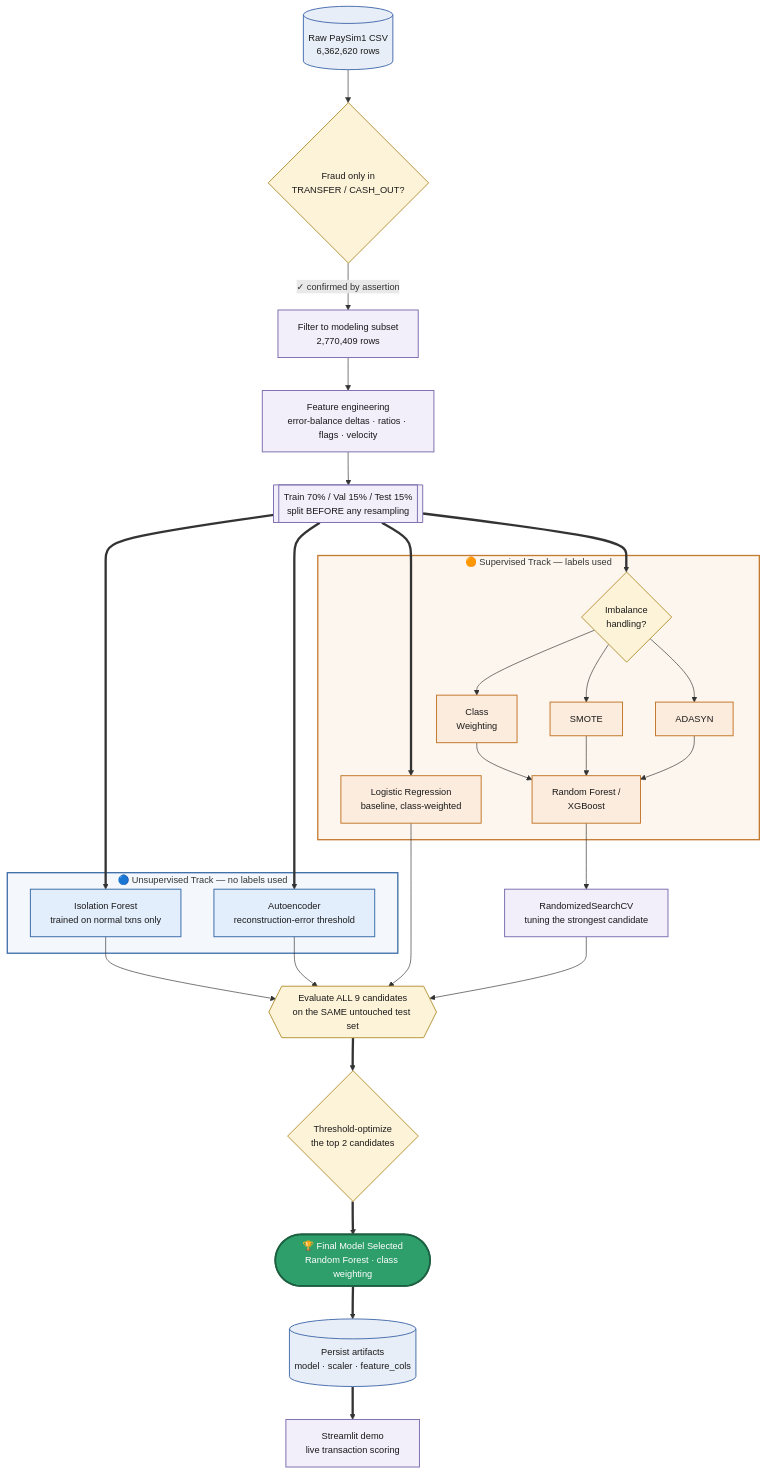
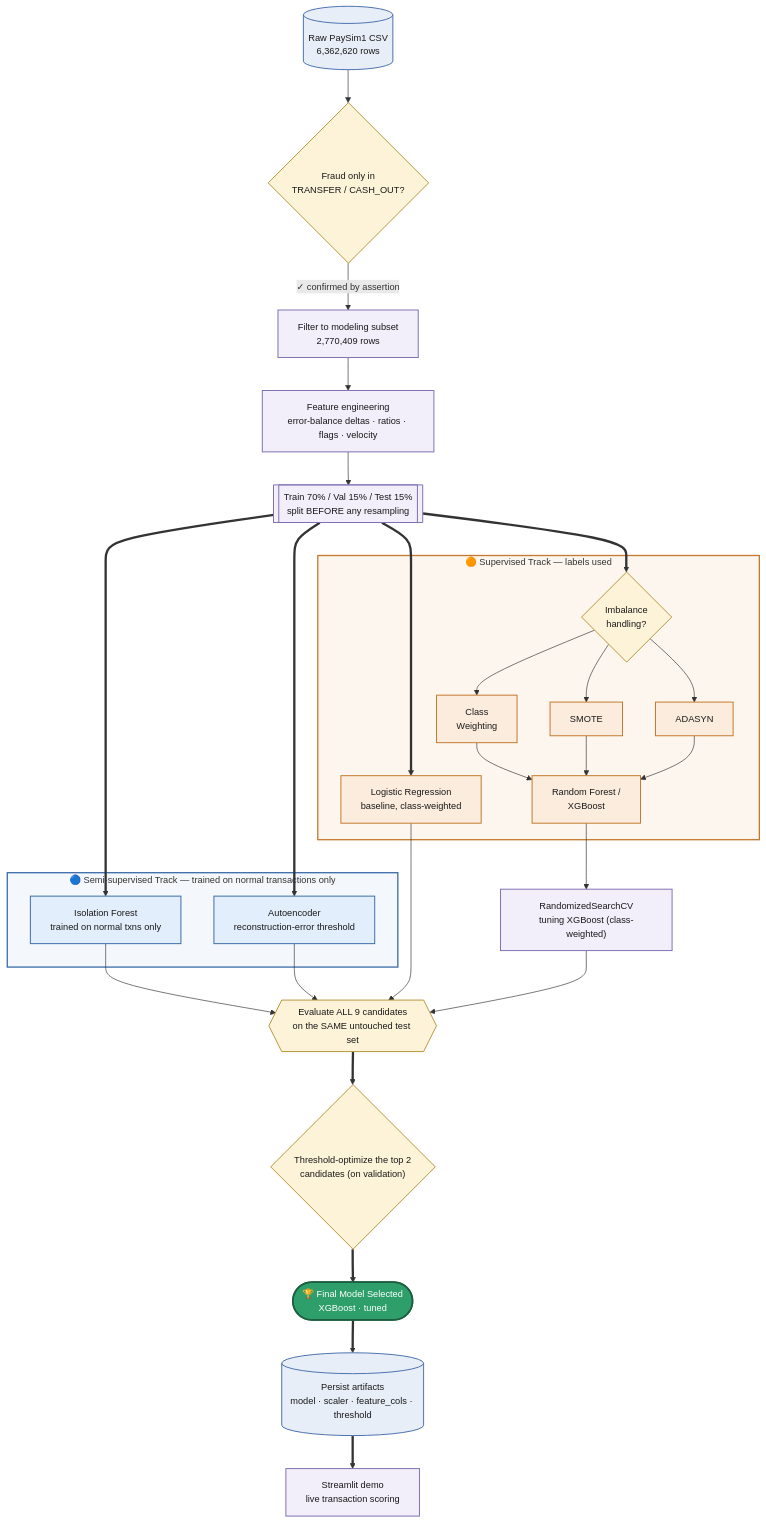
Before and after one commit to Sudharshan205-Proj/fraud-detection-system: the third of 3 diagrams in README.md, drawn with Mermaid. The commit also changed other lines of this file and 14 other files, not shown here.

````diff
--- a/README.md
+++ b/README.md
@@ -237,67 +240,67 @@
 ```mermaid
 %%{init: {"flowchart": {"curve": "basis"}, "themeVariables": {"fontSize": "14px"}}}%%
 flowchart TD
     R[("Raw PaySim1 CSV<br/>6,362,620 rows")]
     F1{"Fraud only in<br/>TRANSFER / CASH_OUT?"}
     S["Filter to modeling subset<br/>2,770,409 rows"]
     FE["Feature engineering<br/>error-balance deltas · ratios · flags · velocity"]
     SPLIT[["Train 70% / Val 15% / Test 15%<br/>split BEFORE any resampling"]]
 
     R --> F1
     F1 -->|"✓ confirmed by assertion"| S
     S --> FE --> SPLIT
 
-    subgraph UNSUP["🔵 Unsupervised Track — no labels used"]
+    subgraph UNSUP["🔵 Semi-supervised Track — trained on normal transactions only"]
         U1["Isolation Forest<br/>trained on normal txns only"]
         U2["Autoencoder<br/>reconstruction-error threshold"]
     end
 
     subgraph SUP["🟠 Supervised Track — labels used"]
         V1["Logistic Regression<br/>baseline, class-weighted"]
         IMB{"Imbalance<br/>handling?"}
         IMB1["Class<br/>Weighting"]
         IMB2["SMOTE"]
         IMB3["ADASYN"]
         V2["Random Forest /<br/>XGBoost"]
         IMB --> IMB1 & IMB2 & IMB3
         IMB1 & IMB2 & IMB3 --> V2
     end
 
     SPLIT ==> U1
     SPLIT ==> U2
     SPLIT ==> V1
     SPLIT ==> IMB
 
-    TUNE["RandomizedSearchCV<br/>tuning the strongest candidate"]
+    TUNE["RandomizedSearchCV<br/>tuning XGBoost (class-weighted)"]
     V2 --> TUNE
 
     EVAL{{"Evaluate ALL 9 candidates<br/>on the SAME untouched test set"}}
     U1 --> EVAL
     U2 --> EVAL
     V1 --> EVAL
     TUNE --> EVAL
 
-    THRESH{"Threshold-optimize<br/>the top 2 candidates"}
-    FINAL(["🏆 Final Model Selected<br/>Random Forest · class weighting"])
-    ART[("Persist artifacts<br/>model · scaler · feature_cols")]
+    THRESH{"Threshold-optimize the top 2<br/>candidates (on validation)"}
+    FINAL(["🏆 Final Model Selected<br/>XGBoost · tuned"])
+    ART[("Persist artifacts<br/>model · scaler · feature_cols · threshold")]
     DEMO["Streamlit demo<br/>live transaction scoring"]
 
     EVAL ==> THRESH ==> FINAL ==> ART ==> DEMO
 
     classDef data     fill:#e8eef7,stroke:#4C72B0,stroke-width:1.5px,color:#1a1a1a
     classDef decision fill:#fdf3d8,stroke:#b8973f,stroke-width:1.5px,color:#1a1a1a
     classDef process  fill:#f2eefa,stroke:#8172B2,stroke-width:1.5px,color:#1a1a1a
     classDef unsup    fill:#e3eefc,stroke:#3d6ea8,stroke-width:1.5px,color:#1a1a1a
     classDef sup      fill:#fcecdd,stroke:#c47a2f,stroke-width:1.5px,color:#1a1a1a
     classDef final    fill:#2e9e6b,stroke:#1d5f41,stroke-width:2.5px,color:#ffffff
 
     class R,ART data
     class F1,IMB,THRESH,EVAL decision
     class S,FE,SPLIT,TUNE,DEMO process
     class U1,U2 unsup
     class V1,IMB1,IMB2,IMB3,V2 sup
     class FINAL final
 
     style UNSUP fill:#f4f8fd,stroke:#3d6ea8,stroke-width:2px
     style SUP   fill:#fdf6ee,stroke:#c47a2f,stroke-width:2px
 ```
````
